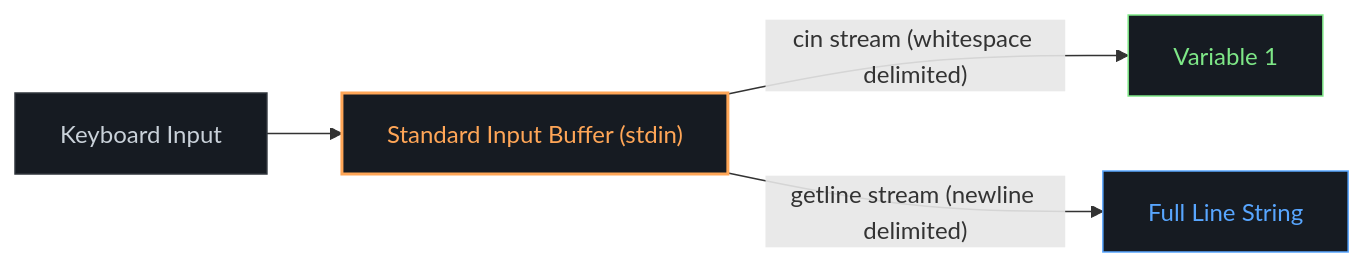
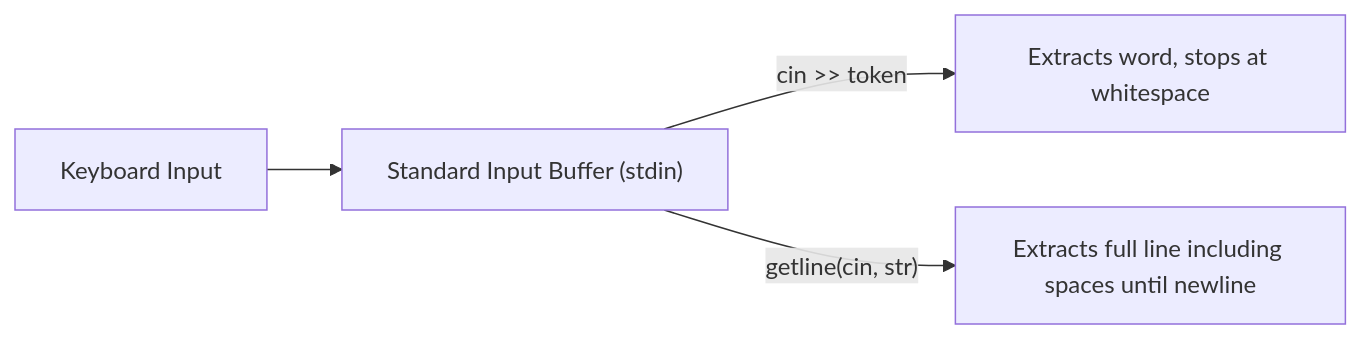
The second of 2 diagrams in README.md (Shomay12/Working-with-Cpp), drawn with Mermaid before and after one commit. The commit also changed other lines of this file and 3 other files, not shown here.

Commit message:
docs: rebuild README with native GitHub Markdown, technical specs tables and sanitized Mermaid diagrams

````diff
--- a/README.md
+++ b/README.md
@@ -115,11 +74,6 @@
 ```mermaid
 flowchart LR
-    KBD["Keyboard Input"] --> BUF["Standard Input Buffer (stdin)"]
-    BUF -->|"cin stream (whitespace delimited)"| VAR1["Variable 1"]
-    BUF -->|"getline stream (newline delimited)"| VAR2["Full Line String"]
-
-    style KBD fill:#161b22,stroke:#30363d,color:#c9d1d9
-    style BUF fill:#161b22,stroke:#ffa657,stroke-width:2px,color:#ffa657
-    style VAR1 fill:#161b22,stroke:#7ee787,color:#7ee787
-    style VAR2 fill:#161b22,stroke:#58a6ff,color:#58a6ff
+    Input["Keyboard Input"] --> Buffer["Standard Input Buffer (stdin)"]
+    Buffer -->|"cin >> token"| Token["Extracts word, stops at whitespace"]
+    Buffer -->|"getline(cin, str)"| Line["Extracts full line including spaces until newline"]
 ```
````
